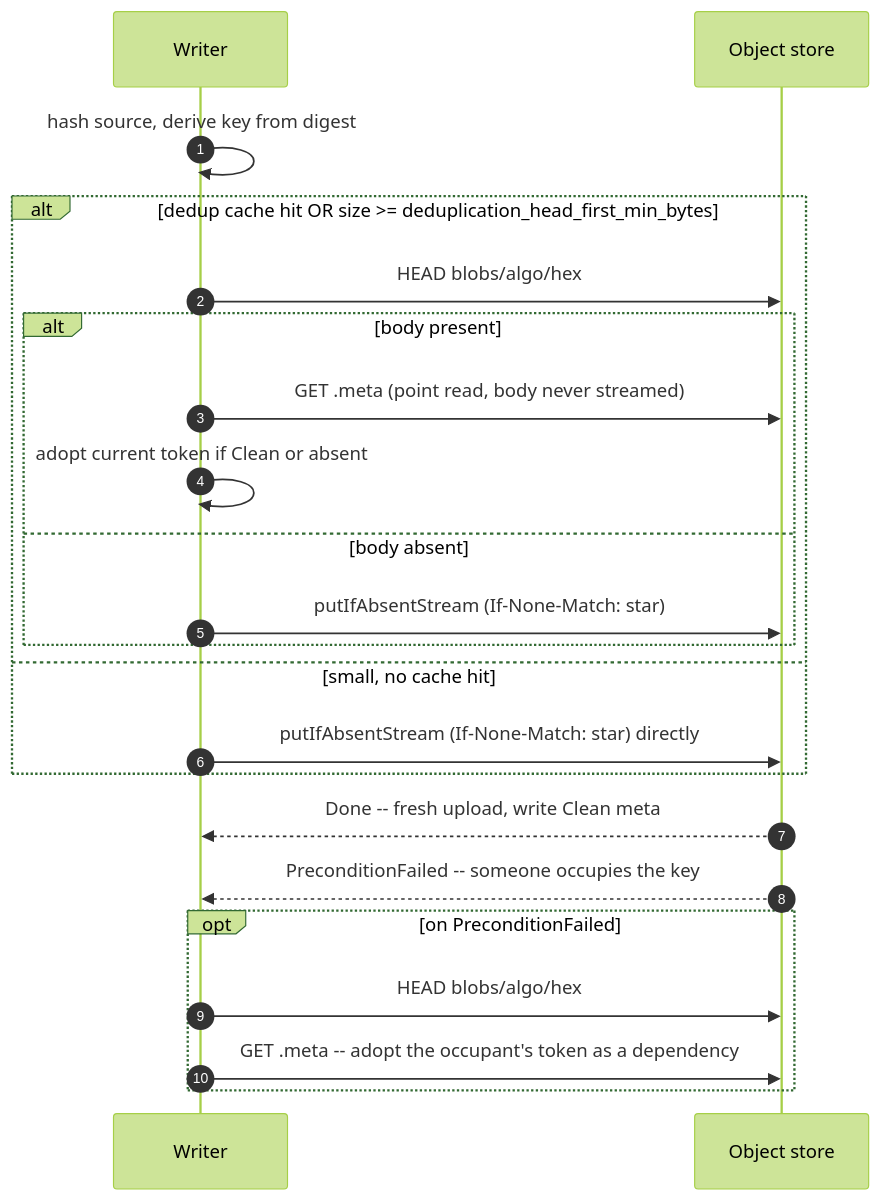
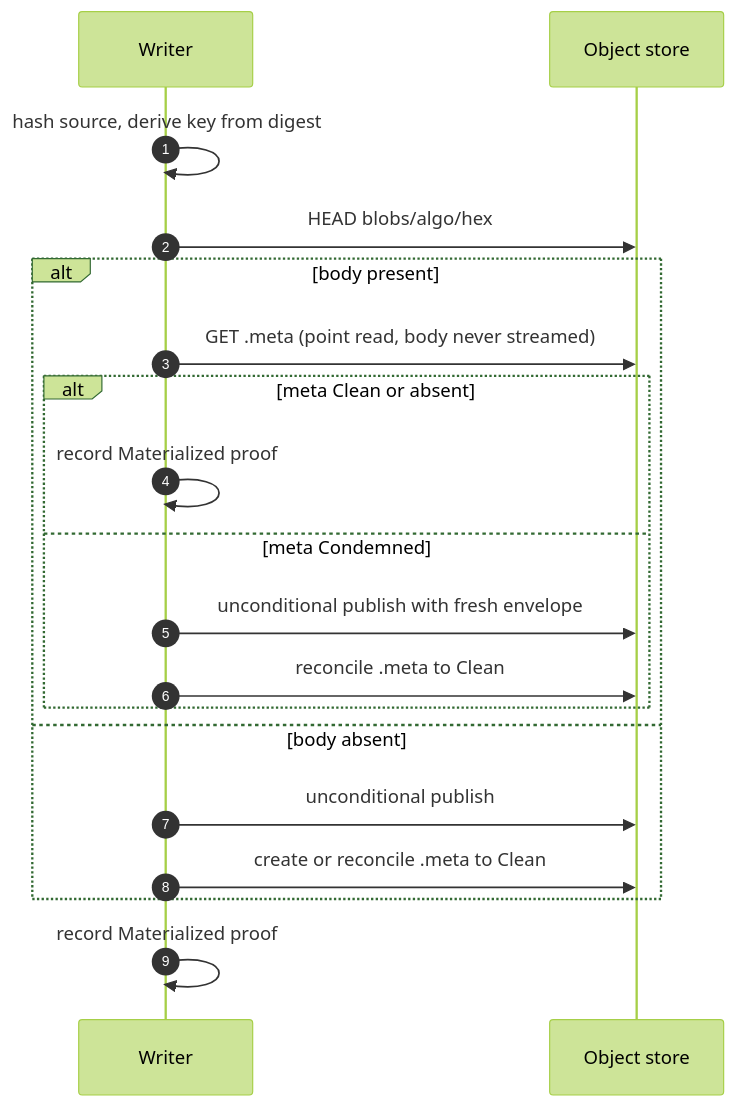
One commit to Altinity/ClickHouse changed the first of 2 diagrams in docs/en/antalya/cas/architecture/blob-protocol.md. Above: the diagram before and after it, drawn with Mermaid (forest theme). The commit also changed other lines of this file and 24 other files, not shown here.

````diff
--- a/docs/en/antalya/cas/architecture/blob-protocol.md
+++ b/docs/en/antalya/cas/architecture/blob-protocol.md
@@ -27,25 +28,22 @@
 ```mermaid
 sequenceDiagram
     autonumber
     participant Writer
     participant S3 as Object store
 
     Writer->>Writer: hash source, derive key from digest
-    alt dedup cache hit OR size >= deduplication_head_first_min_bytes
-        Writer->>S3: HEAD blobs/algo/hex
-        alt body present
-            Writer->>S3: GET .meta (point read, body never streamed)
-            Writer->>Writer: adopt current token if Clean or absent
-        else body absent
-            Writer->>S3: putIfAbsentStream (If-None-Match: star)
+    Writer->>S3: HEAD blobs/algo/hex
+    alt body present
+        Writer->>S3: GET .meta (point read, body never streamed)
+        alt meta Clean or absent
+            Writer->>Writer: record Materialized proof
+        else meta Condemned
+            Writer->>S3: unconditional publish with fresh envelope
+            Writer->>S3: reconcile .meta to Clean
         end
-    else small, no cache hit
-        Writer->>S3: putIfAbsentStream (If-None-Match: star) directly
+    else body absent
+        Writer->>S3: unconditional publish
+        Writer->>S3: create or reconcile .meta to Clean
     end
-    S3-->>Writer: Done -- fresh upload, write Clean meta
-    S3-->>Writer: PreconditionFailed -- someone occupies the key
-    opt on PreconditionFailed
-        Writer->>S3: HEAD blobs/algo/hex
-        Writer->>S3: GET .meta -- adopt the occupant's token as a dependency
-    end
+    Writer->>Writer: record Materialized proof
 ```
````
